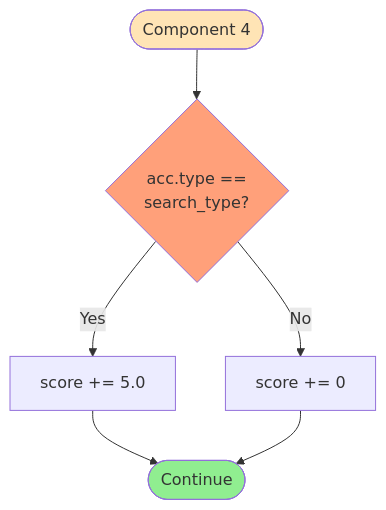
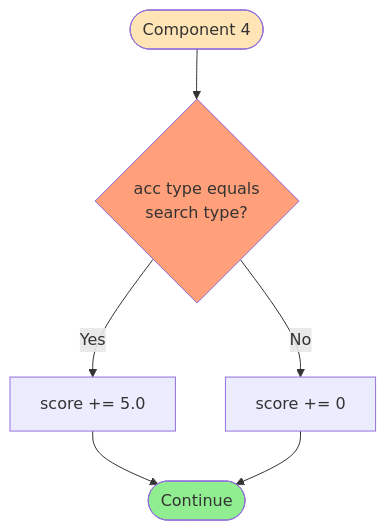
One commit to 24127592-UcNguyenAnhVo/Rank_accom changed the fourth of 7 diagrams in Ranking_Algorithm_Documentation/03_Flowchart/flowchart_components.md. Above: the diagram before and after it, drawn with Mermaid. The commit also changed other lines of this file, not shown here.

````diff
--- a/Ranking_Algorithm_Documentation/03_Flowchart/flowchart_components.md
+++ b/Ranking_Algorithm_Documentation/03_Flowchart/flowchart_components.md
@@ -97,12 +119,12 @@
 ```mermaid
 flowchart TD
-    Start([Component 4]) --> Compare{acc.type ==<br/>search_type?}
+    Start([Component 4]) --> Compare{acc type equals<br/>search type?}
     Compare -->|Yes| AddBonus[score += 5.0]
     Compare -->|No| Skip[score += 0]
     AddBonus --> End([Continue])
     Skip --> End
     
     style Start fill:#FFE4B5
     style Compare fill:#FFA07A
     style End fill:#90EE90
 ```
````
